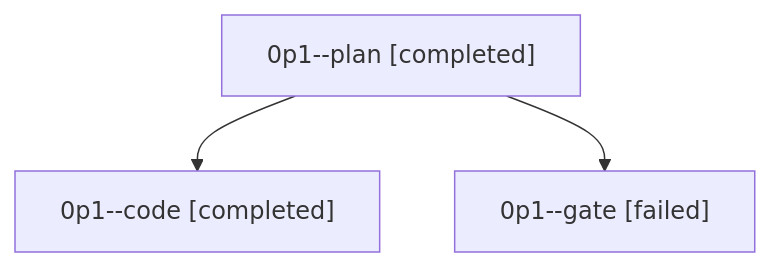
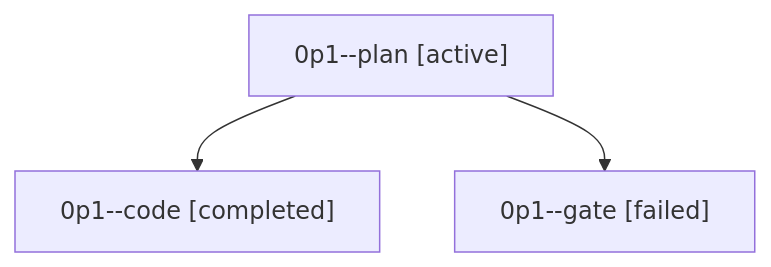
Before and after one commit to sase-org/sase--agents: the diagram in families/bbugyi200.athena.0p1.md, drawn with Mermaid. The commit also changed other lines of this file and 35830 other files, not shown here.

````diff
--- a/families/bbugyi200.athena.0p1.md
+++ b/families/bbugyi200.athena.0p1.md
@@ -9,8 +9,8 @@
 ```mermaid
 flowchart TD
-  n0["0p1--plan [completed]"]
+  n0["0p1--plan [active]"]
   n1["0p1--code [completed]"]
   n0 --> n1
   n2["0p1--gate [failed]"]
   n0 --> n2
 ```
````
